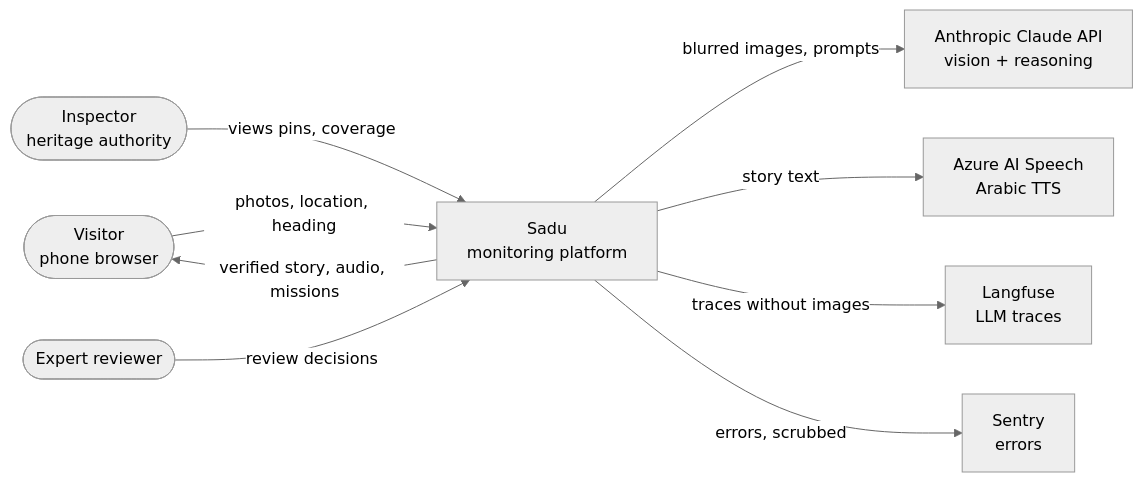
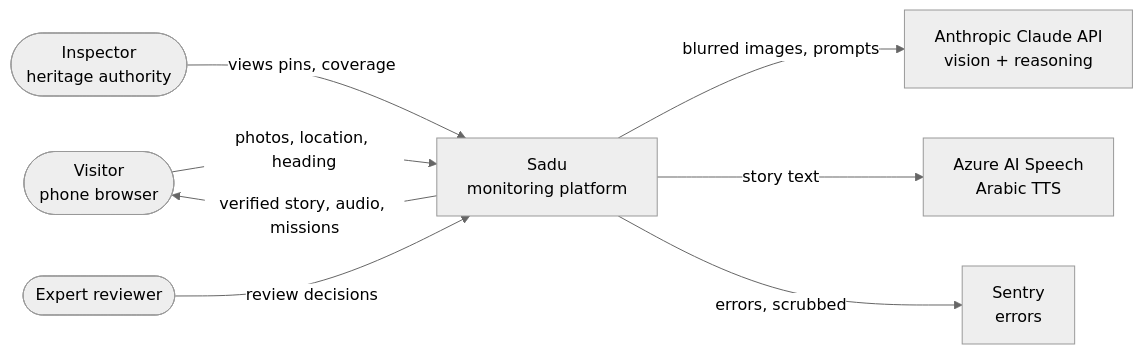
The third of 8 diagrams in docs/03-architecture.md (Muath477/Athar), drawn with Mermaid (neutral theme) before and after one commit. The commit also changed other lines of this file and 11 other files, not shown here.

````diff
--- a/docs/03-architecture.md
+++ b/docs/03-architecture.md
@@ -599,19 +600,17 @@
 ```mermaid
 flowchart LR
   visitor(["Visitor<br/>phone browser"])
   inspector(["Inspector<br/>heritage authority"])
   expert(["Expert reviewer"])
   sadu["Sadu<br/>monitoring platform"]
   claude["Anthropic Claude API<br/>vision + reasoning"]
   tts["Azure AI Speech<br/>Arabic TTS"]
-  langfuse["Langfuse<br/>LLM traces"]
   sentry["Sentry<br/>errors"]
   visitor -- "photos, location, heading" --> sadu
   sadu -- "verified story, audio, missions" --> visitor
   inspector -- "views pins, coverage" --> sadu
   expert -- "review decisions" --> sadu
   sadu -- "blurred images, prompts" --> claude
   sadu -- "story text" --> tts
-  sadu -- "traces without images" --> langfuse
   sadu -- "errors, scrubbed" --> sentry
 ```
````
